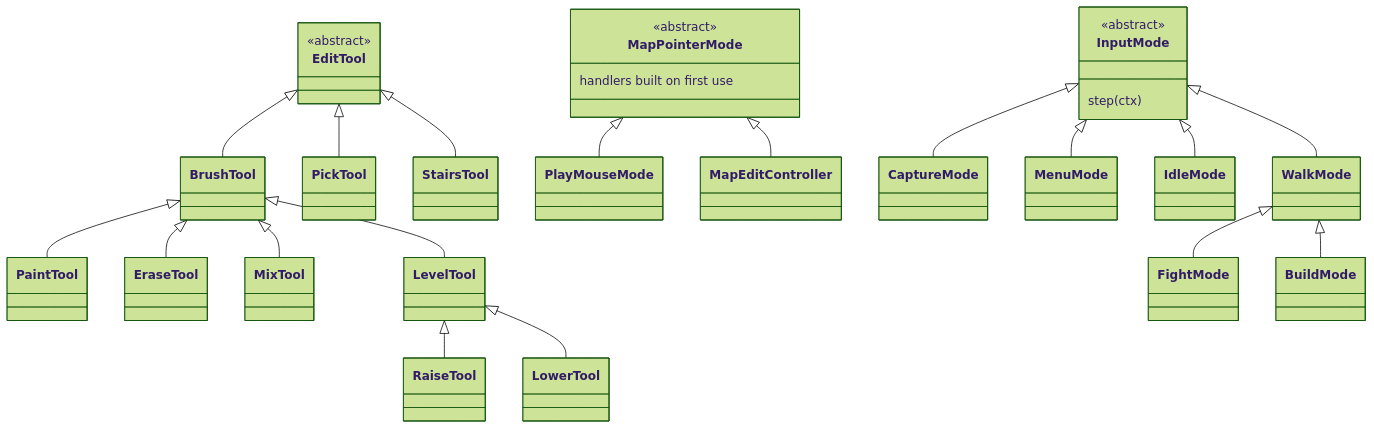
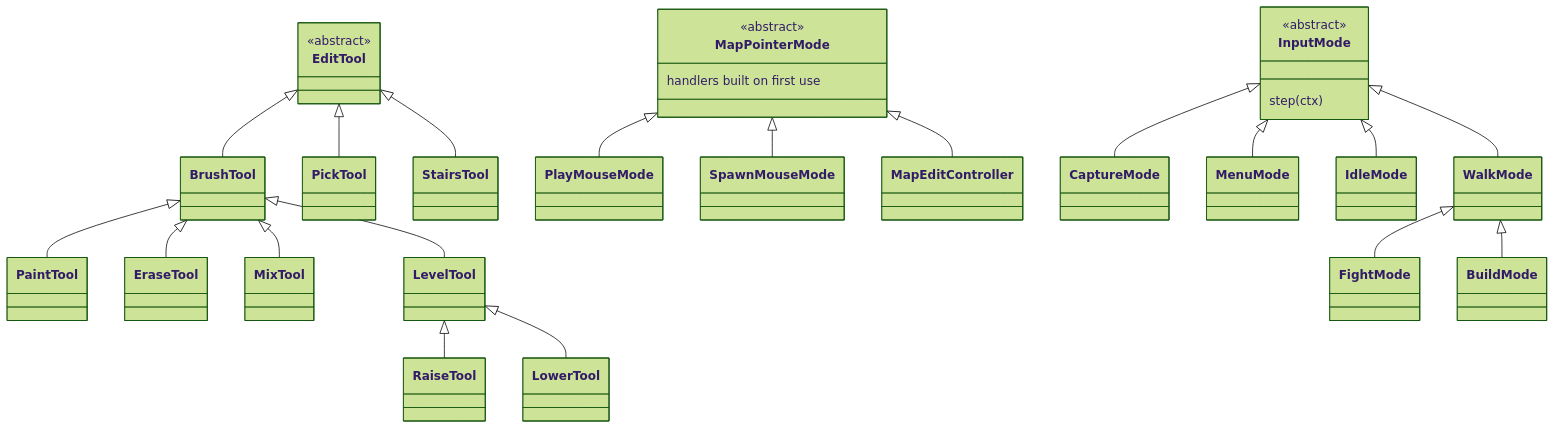
The seventh of 7 diagrams in docs/class-hierarchies-client.md (andyruwruw/grave-robbers), drawn with Mermaid (forest theme) before and after one commit. The commit also changed other lines of this file and 772 other files, not shown here.

````diff
--- a/docs/class-hierarchies-client.md
+++ b/docs/class-hierarchies-client.md
@@ -171,31 +203,32 @@
 ```mermaid
 classDiagram
   class EditTool {
     <<abstract>>
   }
   EditTool <|-- BrushTool
   EditTool <|-- PickTool
   EditTool <|-- StairsTool
   BrushTool <|-- PaintTool
   BrushTool <|-- EraseTool
   BrushTool <|-- MixTool
   BrushTool <|-- LevelTool
   LevelTool <|-- RaiseTool
   LevelTool <|-- LowerTool
   class MapPointerMode {
     <<abstract>>
     handlers built on first use
   }
   MapPointerMode <|-- PlayMouseMode
+  MapPointerMode <|-- SpawnMouseMode
   MapPointerMode <|-- MapEditController
   class InputMode {
     <<abstract>>
     step(ctx)
   }
   InputMode <|-- CaptureMode
   InputMode <|-- MenuMode
   InputMode <|-- IdleMode
   InputMode <|-- WalkMode
   WalkMode <|-- FightMode
   WalkMode <|-- BuildMode
 ```
````
